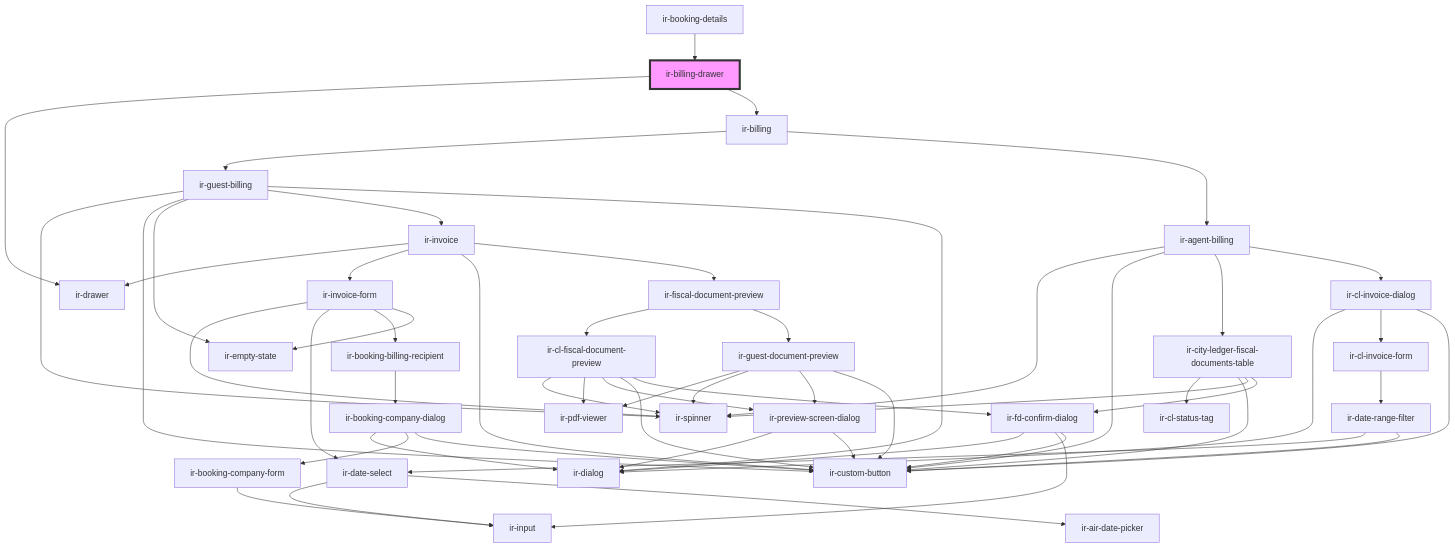
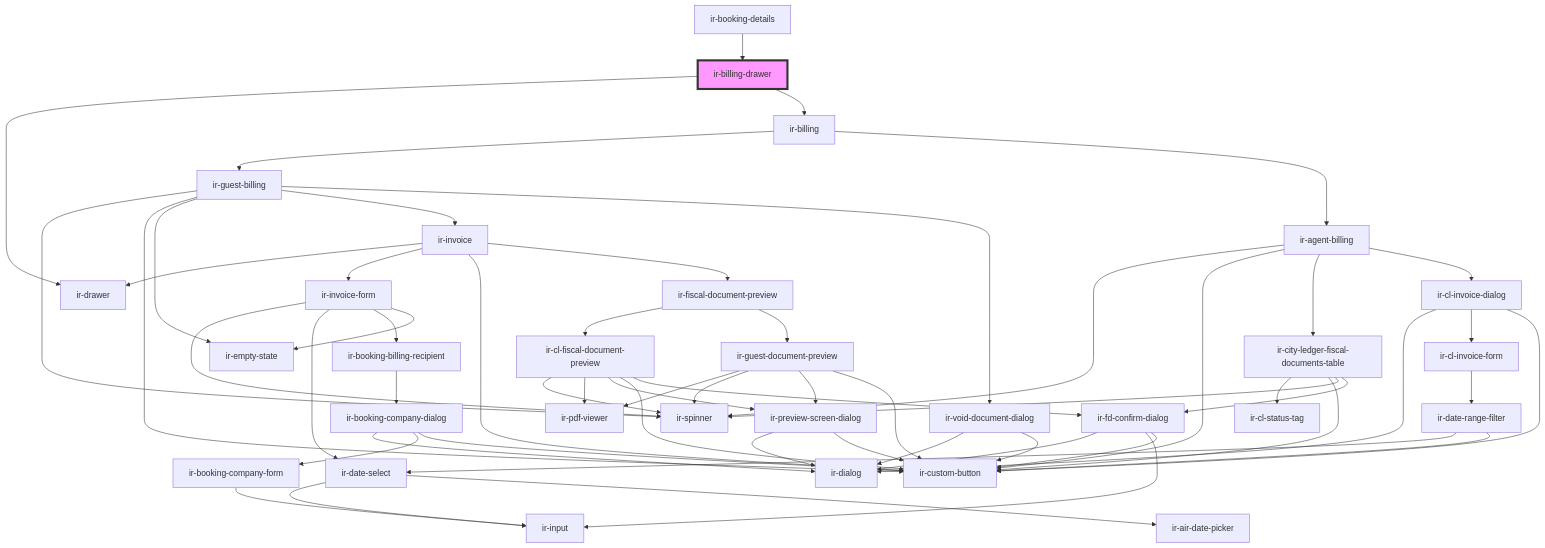
The diagram in src/components/ir-billing/ir-billing-drawer/readme.md (RonyRizk/ir-webcmp), drawn with Mermaid before and after one commit. The commit also changed 43 other files, not shown here.

````diff
--- a/src/components/ir-billing/ir-billing-drawer/readme.md
+++ b/src/components/ir-billing/ir-billing-drawer/readme.md
@@ -37,59 +37,61 @@
 ```mermaid
 graph TD;
   ir-billing-drawer --> ir-drawer
   ir-billing-drawer --> ir-billing
   ir-billing --> ir-guest-billing
   ir-billing --> ir-agent-billing
   ir-guest-billing --> ir-spinner
   ir-guest-billing --> ir-custom-button
   ir-guest-billing --> ir-empty-state
   ir-guest-billing --> ir-invoice
-  ir-guest-billing --> ir-dialog
+  ir-guest-billing --> ir-void-document-dialog
   ir-invoice --> ir-drawer
   ir-invoice --> ir-invoice-form
   ir-invoice --> ir-custom-button
   ir-invoice --> ir-fiscal-document-preview
   ir-invoice-form --> ir-spinner
   ir-invoice-form --> ir-date-select
   ir-invoice-form --> ir-booking-billing-recipient
   ir-invoice-form --> ir-empty-state
   ir-date-select --> ir-input
   ir-date-select --> ir-air-date-picker
   ir-booking-billing-recipient --> ir-booking-company-dialog
   ir-booking-company-dialog --> ir-dialog
   ir-booking-company-dialog --> ir-booking-company-form
   ir-booking-company-dialog --> ir-custom-button
   ir-booking-company-form --> ir-input
   ir-fiscal-document-preview --> ir-cl-fiscal-document-preview
   ir-fiscal-document-preview --> ir-guest-document-preview
   ir-cl-fiscal-document-preview --> ir-spinner
   ir-cl-fiscal-document-preview --> ir-pdf-viewer
   ir-cl-fiscal-document-preview --> ir-preview-screen-dialog
   ir-cl-fiscal-document-preview --> ir-custom-button
   ir-cl-fiscal-document-preview --> ir-fd-confirm-dialog
   ir-preview-screen-dialog --> ir-dialog
   ir-preview-screen-dialog --> ir-custom-button
   ir-fd-confirm-dialog --> ir-dialog
   ir-fd-confirm-dialog --> ir-input
   ir-fd-confirm-dialog --> ir-custom-button
   ir-guest-document-preview --> ir-pdf-viewer
   ir-guest-document-preview --> ir-spinner
   ir-guest-document-preview --> ir-preview-screen-dialog
   ir-guest-document-preview --> ir-custom-button
+  ir-void-document-dialog --> ir-dialog
+  ir-void-document-dialog --> ir-custom-button
   ir-agent-billing --> ir-spinner
   ir-agent-billing --> ir-custom-button
   ir-agent-billing --> ir-city-ledger-fiscal-documents-table
   ir-agent-billing --> ir-cl-invoice-dialog
   ir-city-ledger-fiscal-documents-table --> ir-cl-status-tag
   ir-city-ledger-fiscal-documents-table --> ir-custom-button
   ir-city-ledger-fiscal-documents-table --> ir-spinner
   ir-city-ledger-fiscal-documents-table --> ir-fd-confirm-dialog
   ir-cl-invoice-dialog --> ir-dialog
   ir-cl-invoice-dialog --> ir-cl-invoice-form
   ir-cl-invoice-dialog --> ir-custom-button
   ir-cl-invoice-form --> ir-date-range-filter
   ir-date-range-filter --> ir-date-select
   ir-date-range-filter --> ir-custom-button
   ir-booking-details --> ir-billing-drawer
   style ir-billing-drawer fill:#f9f,stroke:#333,stroke-width:4px
 ```
````
